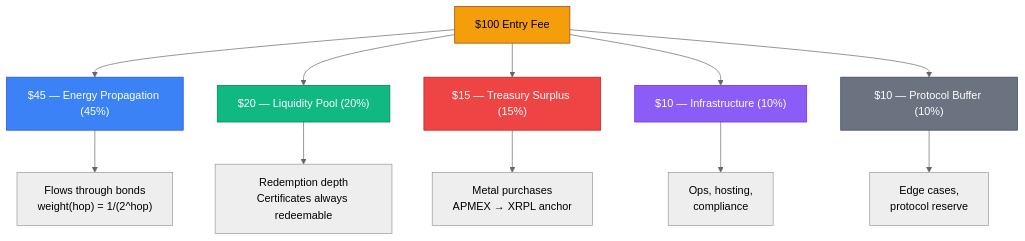
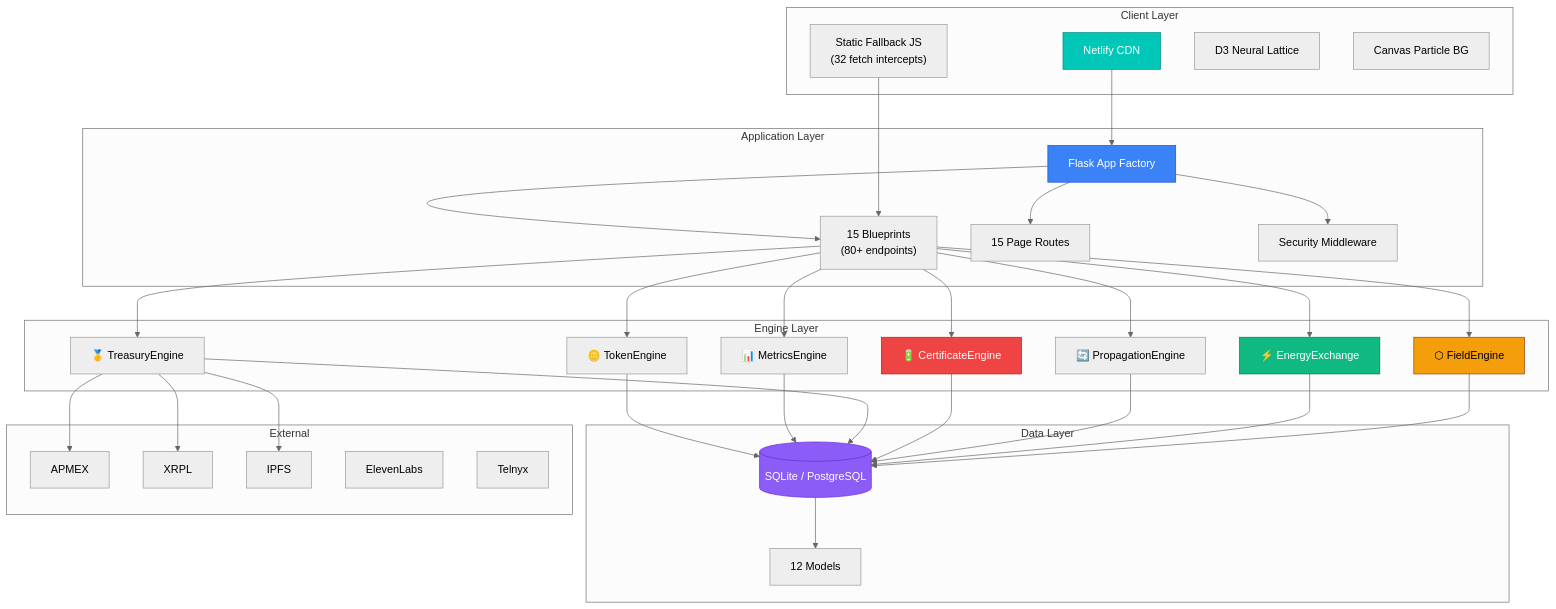
Diagram 12 of 13 in README.md (unykornai/Helios), drawn with Mermaid (neutral theme) before and after one commit. The commit also changed other lines of this file, not shown here.

Commit message:
README v2  Power of 5, 4 state machines, neural lattice, cryptographic addressing, conservation law, RRR covenant, 15 Mermaid diagrams

````diff
--- a/README.md
+++ b/README.md
@@ -330,21 +700,50 @@
 ```mermaid
-flowchart TD
-    A["$100 Entry Fee"] --> B["$45 — Energy Propagation (45%)"]
-    A --> C["$20 — Liquidity Pool (20%)"]
-    A --> D["$15 — Treasury Surplus (15%)"]
-    A --> E["$10 — Infrastructure (10%)"]
-    A --> F["$10 — Protocol Buffer (10%)"]
+graph TB
+    subgraph "Client Layer"
+        A["Netlify CDN"]
+        B["Static Fallback JS\n(32 fetch intercepts)"]
+        C["D3 Neural Lattice"]
+        D["Canvas Particle BG"]
+    end
 
-    B --> G["Flows through bonds\nweight(hop) = 1/(2^hop)"]
-    C --> H["Redemption depth\nCertificates always redeemable"]
-    D --> I["Metal purchases\nAPMEX → XRPL anchor"]
-    E --> J["Ops, hosting,\ncompliance"]
-    F --> K["Edge cases,\nprotocol reserve"]
+    subgraph "Application Layer"
+        E["Flask App Factory"]
+        F["15 Blueprints\n(80+ endpoints)"]
+        G["15 Page Routes"]
+        H["Security Middleware"]
+    end
 
-    style A fill:#f59e0b,stroke:#92400e,color:#000
-    style B fill:#3b82f6,stroke:#1d4ed8,color:#fff
-    style C fill:#10b981,stroke:#047857,color:#fff
-    style D fill:#ef4444,stroke:#b91c1c,color:#fff
-    style E fill:#8b5cf6,stroke:#6d28d9,color:#fff
-    style F fill:#6b7280,stroke:#374151,color:#fff
+    subgraph "Engine Layer"
+        I["⬡ FieldEngine"]
+        J["⚡ EnergyExchange"]
+        K["🔄 PropagationEngine"]
+        L["🔋 CertificateEngine"]
+        M["🥇 TreasuryEngine"]
+        N["📊 MetricsEngine"]
+        O["🪙 TokenEngine"]
+    end
+
+    subgraph "Data Layer"
+        P[("SQLite / PostgreSQL")]
+        Q["12 Models"]
+    end
+
+    subgraph "External"
+        R["APMEX"] & S["XRPL"] & T["IPFS"] & U["ElevenLabs"] & V["Telnyx"]
+    end
+
+    A --> E
+    B --> F
+    E --> F & G & H
+    F --> I & J & K & L & M & N & O
+    I & J & K & L & M & N & O --> P
+    P --> Q
+    M --> R & S & T
+
+    style A fill:#00C7B7,stroke:#008F7F,color:#fff
+    style E fill:#3b82f6,stroke:#1d4ed8,color:#fff
+    style I fill:#f59e0b,stroke:#92400e,color:#000
+    style J fill:#10b981,stroke:#047857,color:#fff
+    style L fill:#ef4444,stroke:#b91c1c,color:#fff
+    style P fill:#8b5cf6,stroke:#6d28d9,color:#fff
 ```
````
